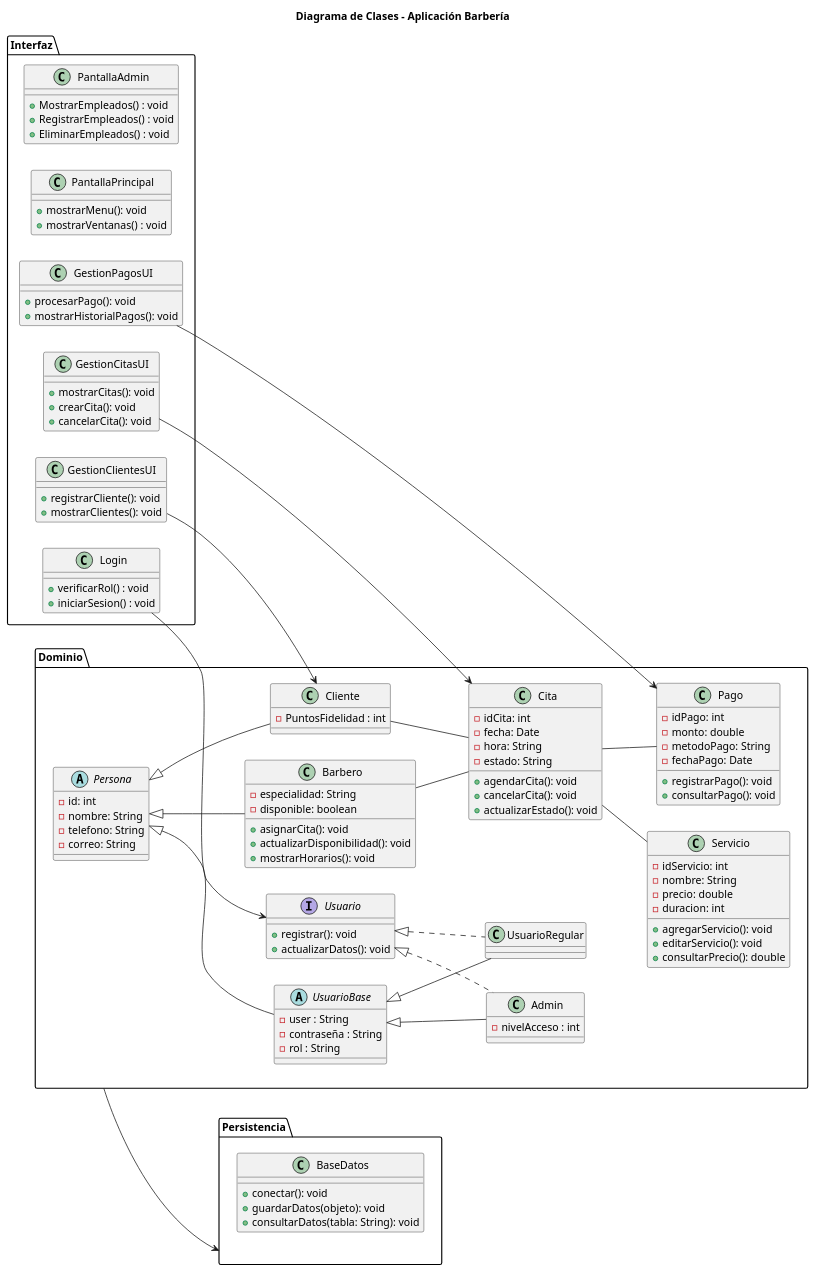
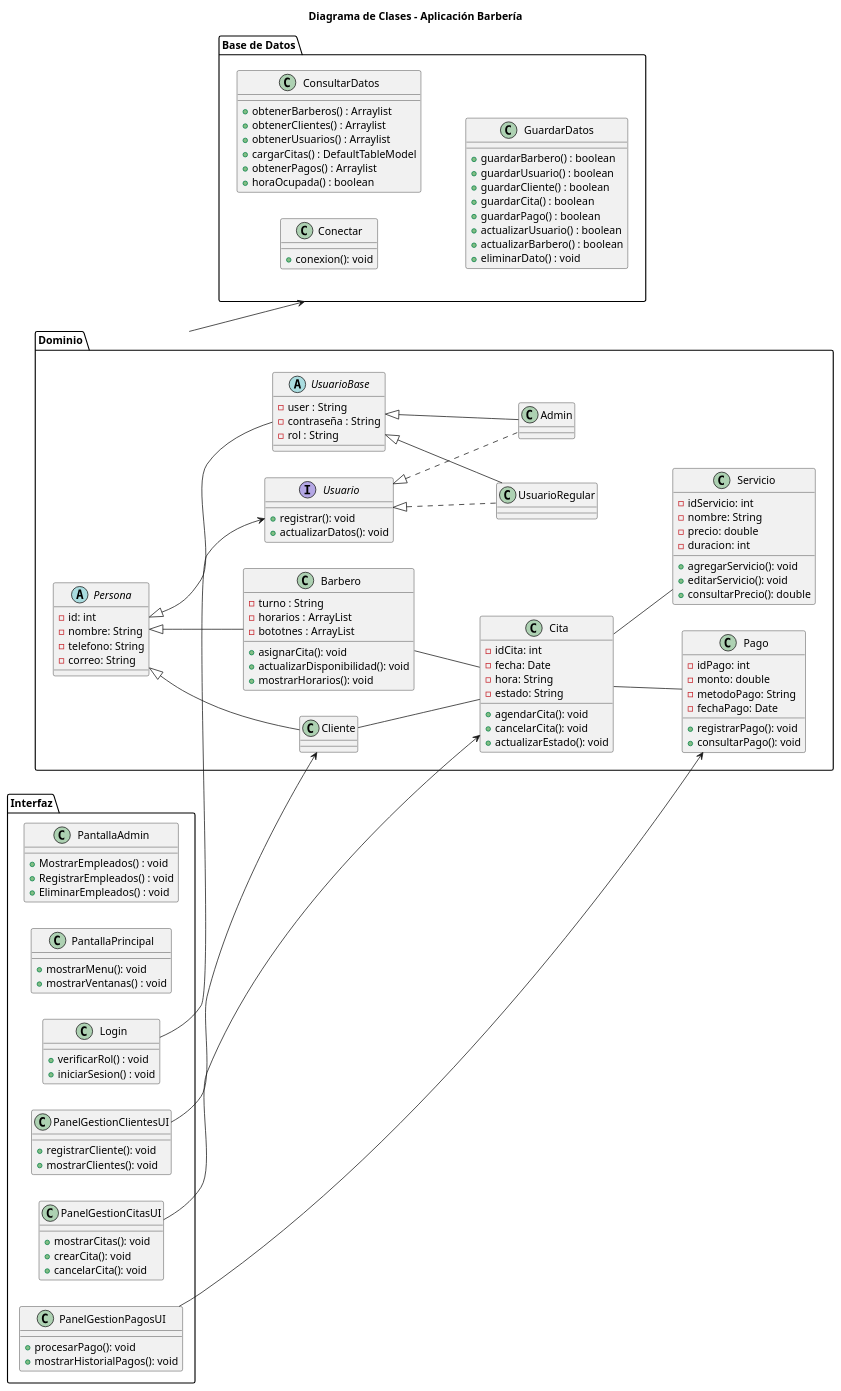
Before and after one commit to angeldany521-spec/ProyectoJavaSwing: the diagram in diagramaBarberia.puml, drawn with PlantUML. The commit also changed 5 other files, not shown here.

```diff
--- a/diagramaBarberia.puml
+++ b/diagramaBarberia.puml
@@ -1,139 +1,160 @@
 @startuml
 title Diagrama de Clases - Aplicación Barbería
 
 left to right direction
 ' === Paquete de Interfaz (UI / Presentación) ===
 package "Interfaz" {
 
 	class PantallaAdmin {
 	+ MostrarEmpleados() : void
 	+ RegistrarEmpleados() : void
 	+ EliminarEmpleados() : void
 	}
+	
+	
 
     class PantallaPrincipal {
         + mostrarMenu(): void
         + mostrarVentanas() : void
     }
 
-    class GestionCitasUI {
+    class PanelGestionCitasUI {
         + mostrarCitas(): void
         + crearCita(): void
         + cancelarCita(): void
     }
 
-    class GestionClientesUI {
+    class PanelGestionClientesUI {
         + registrarCliente(): void
         + mostrarClientes(): void
     }
 
-    class GestionPagosUI {
+    class PanelGestionPagosUI {
         + procesarPago(): void
         + mostrarHistorialPagos(): void
     }
 
     class Login {
     + verificarRol() : void
     + iniciarSesion() : void
 }
 }
 
 ' === Paquete de Dominio / Lógica ===
 package "Dominio" {
 
     abstract class Persona {
         - id: int
         - nombre: String
         - telefono: String
         - correo: String
         
     }
 
-    class Cliente {
-    - PuntosFidelidad : int
-    }
+    class Cliente {}
 
     class Barbero {
-        - especialidad: String
-        - disponible: boolean
+   		- turno : String 
+        - horarios : ArrayList
+        - bototnes : ArrayList
         + asignarCita(): void
         + actualizarDisponibilidad(): void
         + mostrarHorarios(): void
     }
     
     interface Usuario {
     
     + registrar(): void
     + actualizarDatos(): void
 }
 
 	abstract class UsuarioBase extends Persona {
 	- user : String
 	- contraseña : String
 	- rol : String
 	}
     
     class UsuarioRegular extends UsuarioBase implements Usuario {
     }
     
-    class Admin extends UsuarioBase implements Usuario{
-    - nivelAcceso : int
-    }
+    class Admin extends UsuarioBase implements Usuario {}
 
 
     class Cita {
         - idCita: int
         - fecha: Date
         - hora: String
         - estado: String
         + agendarCita(): void
         + cancelarCita(): void
         + actualizarEstado(): void
     }
 
     class Servicio {
         - idServicio: int
         - nombre: String
         - precio: double
         - duracion: int
         + agregarServicio(): void
         + editarServicio(): void
         + consultarPrecio(): double
     }
 
     class Pago {
         - idPago: int
         - monto: double
         - metodoPago: String
         - fechaPago: Date
         + registrarPago(): void
         + consultarPago(): void
     }
 
     ' Herencia
     Persona <|-- Cliente
     Persona <|-- Barbero
 }
 
 ' === Paquete de Persistencia / Datos ===
-package "Persistencia" {
-    class BaseDatos {
-        + conectar(): void
-        + guardarDatos(objeto): void
-        + consultarDatos(tabla: String): void
+package "Base de Datos" as bd {
+    class Conectar {
+        + conexion(): void
+     
+    }
+    
+    class ConsultarDatos {
+    + obtenerBarberos() : Arraylist
+    + obtenerClientes() : Arraylist
+    + obtenerUsuarios() : Arraylist
+    + cargarCitas() : DefaultTableModel
+    + obtenerPagos() : Arraylist
+    + horaOcupada() : boolean
+    
+    }
+    
+    class GuardarDatos {
+    + guardarBarbero() : boolean
+    + guardarUsuario() : boolean
+    + guardarCliente() : boolean
+    + guardarCita() : boolean
+    + guardarPago() : boolean
+    + actualizarUsuario() : boolean
+    + actualizarBarbero() : boolean
+    + eliminarDato() : void
+    
     }
 }
 
 ' === Relaciones internas ===
 Cliente  --  Cita 
 Barbero  --  Cita 
 Cita  --  Pago 
 Cita  --  Servicio  
 
+
 ' === Relaciones entre paquetes ===
-GestionClientesUI --> Cliente 
-GestionCitasUI --> Cita 
-GestionPagosUI --> Pago 
-Dominio --> Persistencia 
+PanelGestionClientesUI --> Cliente 
+PanelGestionCitasUI --> Cita 
+PanelGestionPagosUI --> Pago 
+Dominio --> bd
 Login --> Usuario
 @enduml
```
